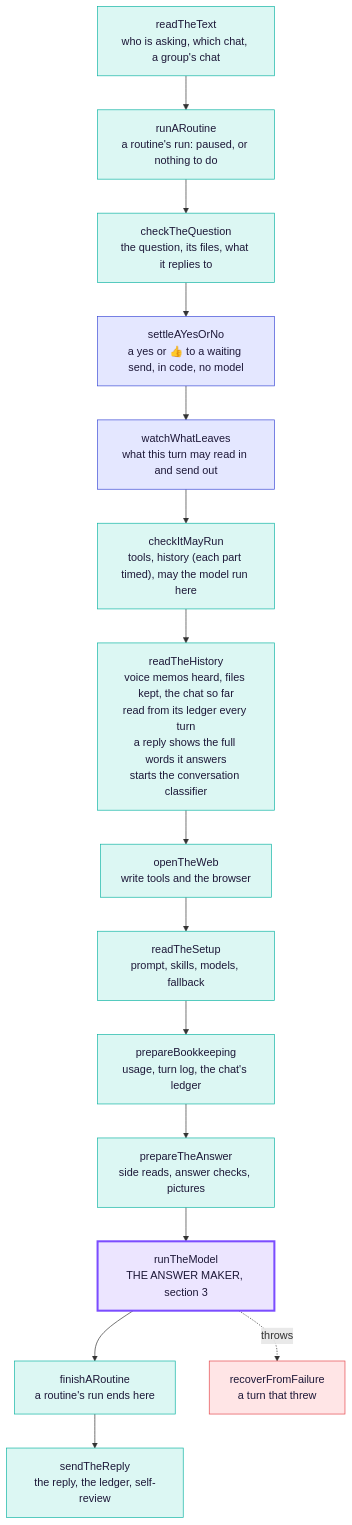
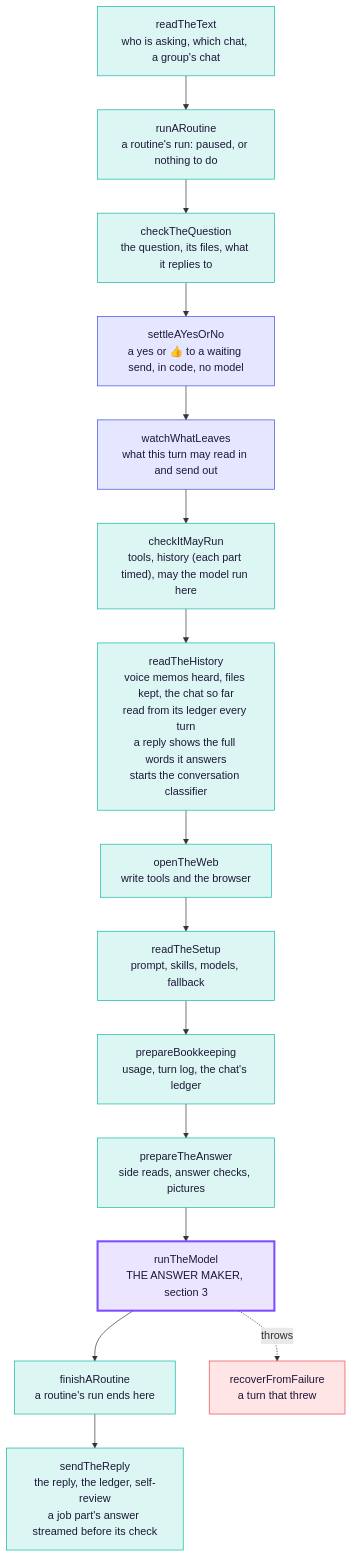
Before and after one commit to Supa-Media/context: the second of 3 diagrams in docs/architecture/tex.md, drawn with Mermaid. The commit also changed other lines of this file and 13 other files, not shown here.

````diff
--- a/docs/architecture/tex.md
+++ b/docs/architecture/tex.md
@@ -81,24 +81,24 @@
 ```mermaid
 flowchart TB
   readTheText["readTheText<br/>who is asking, which chat, a group's chat"]:::step
   runARoutine["runARoutine<br/>a routine's run: paused, or nothing to do"]:::step
   checkTheQuestion["checkTheQuestion<br/>the question, its files, what it replies to"]:::step
   settleAYesOrNo["settleAYesOrNo<br/>a yes or 👍 to a waiting send, in code, no model"]:::rail
   watchWhatLeaves["watchWhatLeaves<br/>what this turn may read in and send out"]:::rail
   checkItMayRun["checkItMayRun<br/>tools, history (each part timed), may the model run here"]:::step
   readTheHistory["readTheHistory<br/>voice memos heard, files kept, the chat so far<br/>read from its ledger every turn<br/>a reply shows the full words it answers<br/>starts the conversation classifier"]:::step
   openTheWeb["openTheWeb<br/>write tools and the browser"]:::step
   readTheSetup["readTheSetup<br/>prompt, skills, models, fallback"]:::step
   prepareBookkeeping["prepareBookkeeping<br/>usage, turn log, the chat's ledger"]:::step
   prepareTheAnswer["prepareTheAnswer<br/>side reads, answer checks, pictures"]:::step
   runTheModel["runTheModel<br/>THE ANSWER MAKER, section 3"]:::model
   finishARoutine["finishARoutine<br/>a routine's run ends here"]:::step
-  sendTheReply["sendTheReply<br/>the reply, the ledger, self-review"]:::step
+  sendTheReply["sendTheReply<br/>the reply, the ledger, self-review<br/>a job part's answer streamed before its check"]:::step
   recoverFromFailure["recoverFromFailure<br/>a turn that threw"]:::fail
   readTheText --> runARoutine --> checkTheQuestion --> settleAYesOrNo --> watchWhatLeaves --> checkItMayRun --> readTheHistory --> openTheWeb --> readTheSetup --> prepareBookkeeping --> prepareTheAnswer --> runTheModel --> finishARoutine --> sendTheReply
   runTheModel -. throws .-> recoverFromFailure
   classDef step fill:#dcf7f3,stroke:#11b5a4,color:#1d1838
   classDef rail fill:#e4e7ff,stroke:#3c4bd6,color:#1d1838
   classDef model fill:#ece5ff,stroke:#7b4dff,stroke-width:3px,color:#1d1838
   classDef fail fill:#ffe5e6,stroke:#e5484d,color:#1d1838
 ```
````
